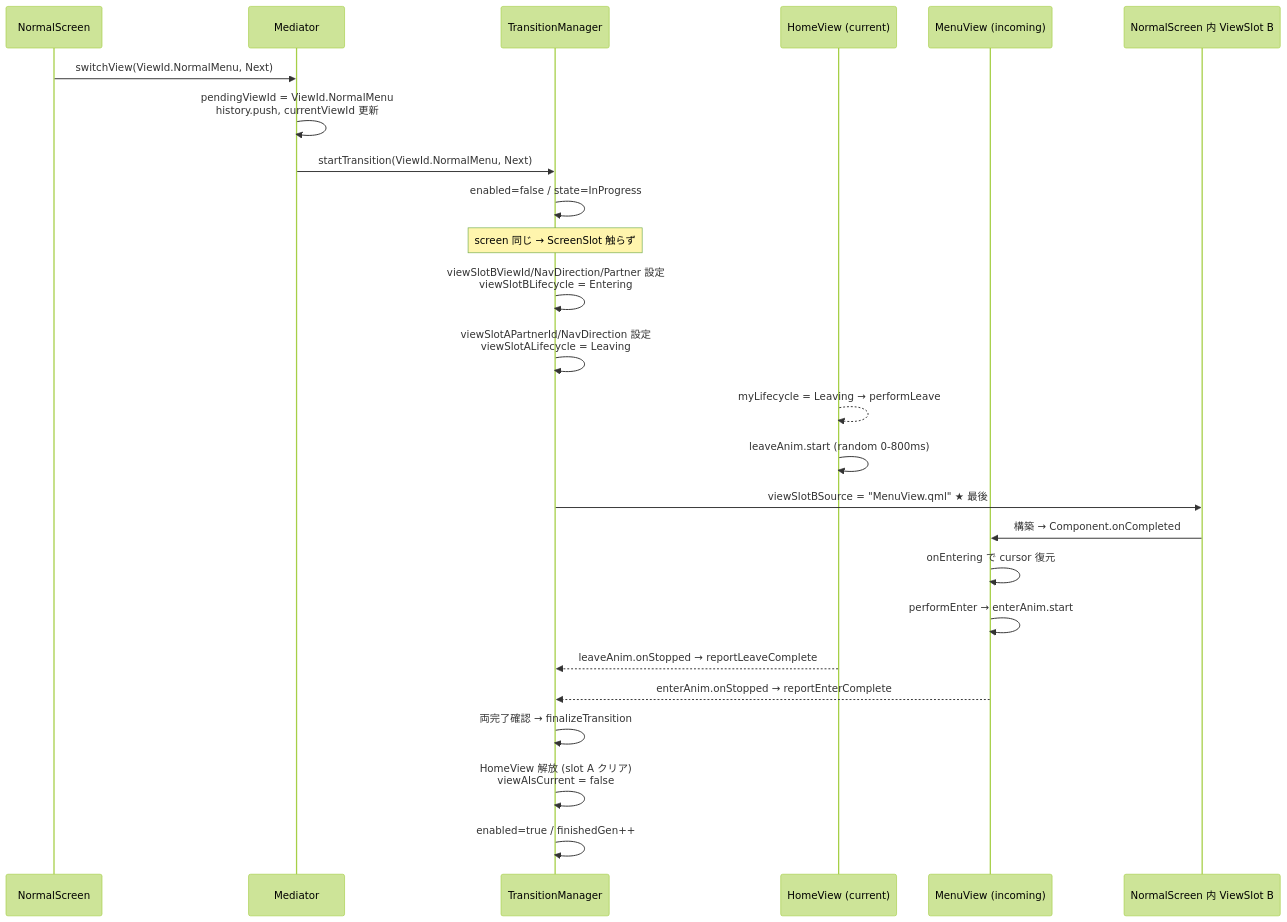
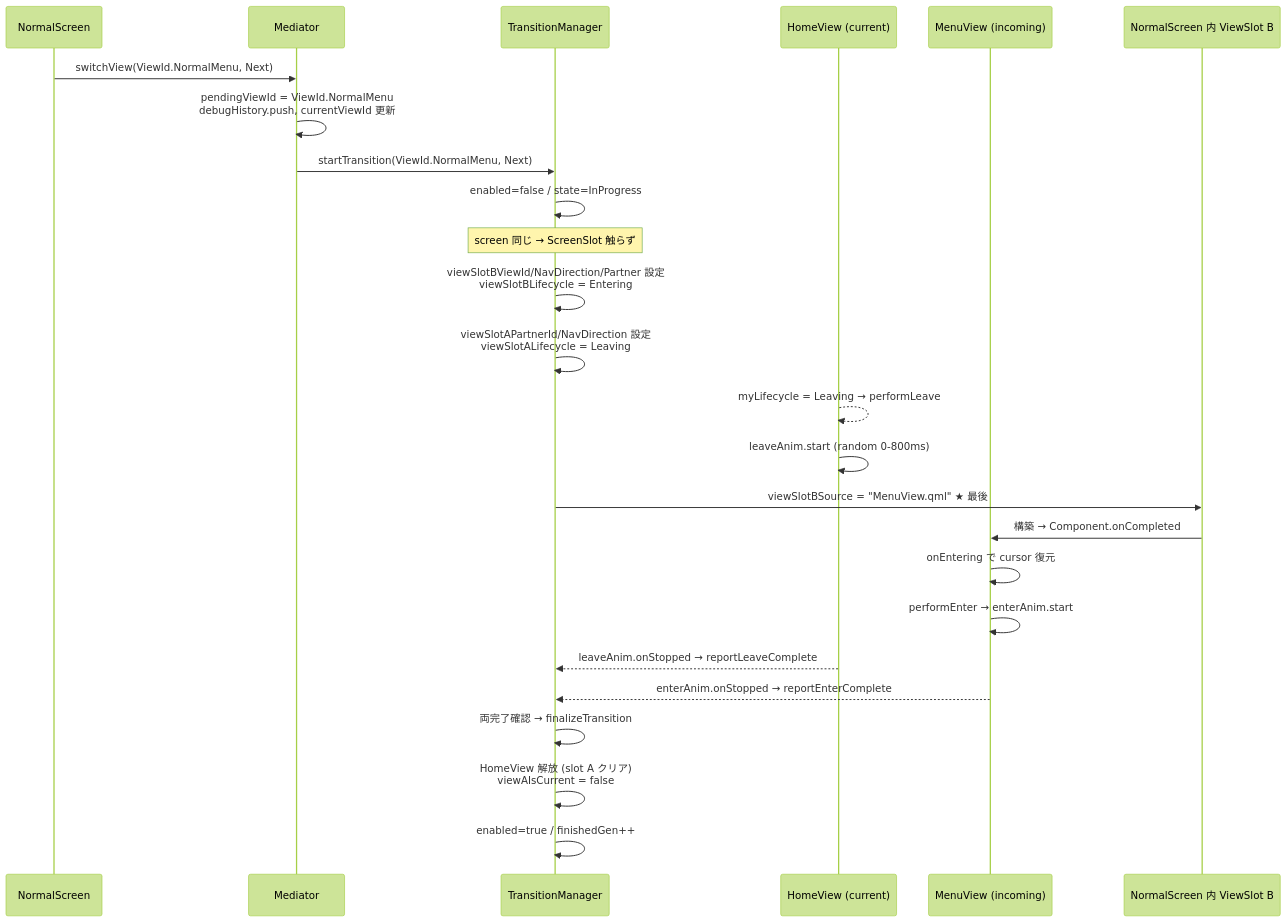
One commit to yuya-kadono/qul-loader-navigation-poc changed the fifth of 11 diagrams in docs/flows.md. Above: the diagram before and after it, drawn with Mermaid (forest theme). The commit also changed other lines of this file and 14 other files, not shown here.

````diff
--- a/docs/flows.md
+++ b/docs/flows.md
@@ -150,31 +150,31 @@
 ```mermaid
 sequenceDiagram
     participant NS as NormalScreen
     participant Med as Mediator
     participant TM as TransitionManager
     participant Home as HomeView (current)
     participant Menu as MenuView (incoming)
     participant Loader as NormalScreen 内 ViewSlot B
 
     NS->>Med: switchView(ViewId.NormalMenu, Next)
-    Med->>Med: pendingViewId = ViewId.NormalMenu<br>history.push, currentViewId 更新
+    Med->>Med: pendingViewId = ViewId.NormalMenu<br>debugHistory.push, currentViewId 更新
     Med->>TM: startTransition(ViewId.NormalMenu, Next)
     TM->>TM: enabled=false / state=InProgress
     Note over TM: screen 同じ → ScreenSlot 触らず
 
     TM->>TM: viewSlotBViewId/NavDirection/Partner 設定<br>viewSlotBLifecycle = Entering
     TM->>TM: viewSlotAPartnerId/NavDirection 設定<br>viewSlotALifecycle = Leaving
     Home-->>Home: myLifecycle = Leaving → performLeave
     Home->>Home: leaveAnim.start (random 0-800ms)
 
     TM->>Loader: viewSlotBSource = "MenuView.qml" ★ 最後
     Loader->>Menu: 構築 → Component.onCompleted
     Menu->>Menu: onEntering で cursor 復元
     Menu->>Menu: performEnter → enterAnim.start
 
     Home-->>TM: leaveAnim.onStopped → reportLeaveComplete
     Menu-->>TM: enterAnim.onStopped → reportEnterComplete
     TM->>TM: 両完了確認 → finalizeTransition
     TM->>TM: HomeView 解放 (slot A クリア)<br>viewAIsCurrent = false
     TM->>TM: enabled=true / finishedGen++
 ```
````
